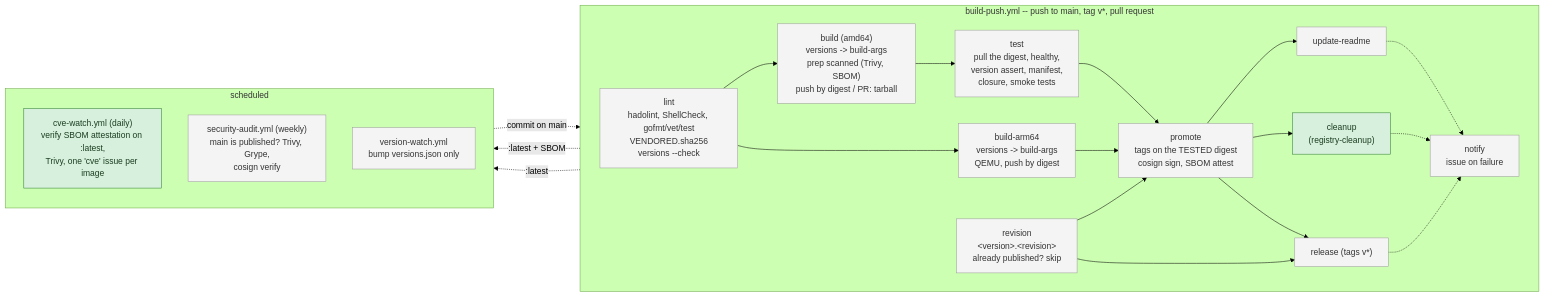
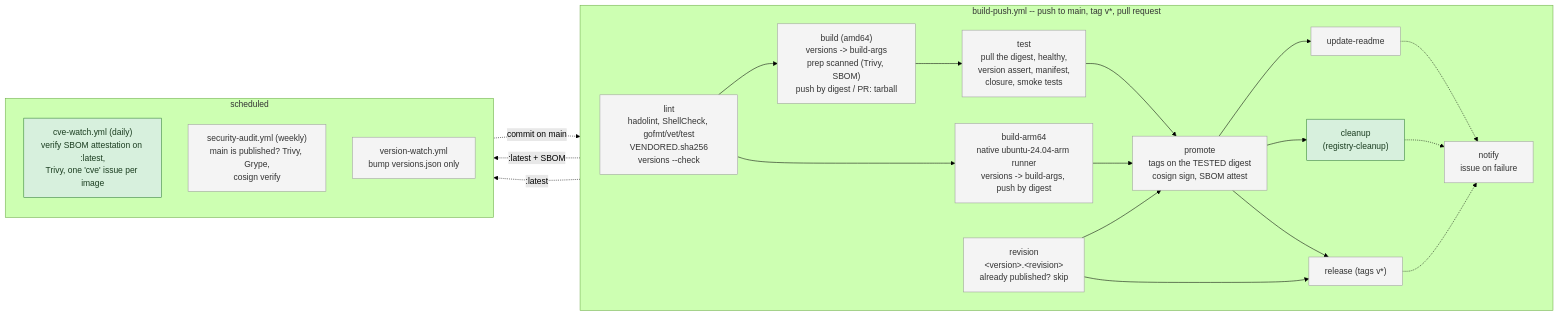
One commit to jbsky/hardened-ci changed the diagram in README.md. Above: the diagram before and after it, drawn with Mermaid (forest theme). The commit also changed other lines of this file, not shown here.

Commit message:
docs: schema -- build-arm64 sur runner natif (plus de QEMU) (#10)

````diff
--- a/README.md
+++ b/README.md
@@ -21,38 +21,38 @@
 ```mermaid
 flowchart LR
   subgraph BP["build-push.yml -- push to main, tag v*, pull request"]
     direction LR
     lint["lint<br/>hadolint, ShellCheck, gofmt/vet/test<br/>VENDORED.sha256<br/>versions --check"]
     build["build (amd64)<br/>versions -> build-args<br/>prep scanned (Trivy, SBOM)<br/>push by digest / PR: tarball"]
-    arm["build-arm64<br/>versions -> build-args<br/>QEMU, push by digest"]
+    arm["build-arm64<br/>native ubuntu-24.04-arm runner<br/>versions -> build-args, push by digest"]
     test["test<br/>pull the digest, healthy,<br/>version assert, manifest,<br/>closure, smoke tests"]
     rev["revision<br/>&lt;version&gt;.&lt;revision&gt;<br/>already published? skip"]
     promote["promote<br/>tags on the TESTED digest<br/>cosign sign, SBOM attest"]
     readme["update-readme"]
     cleanup["cleanup<br/>(registry-cleanup)"]
     release["release (tags v*)"]
     notify["notify<br/>issue on failure"]
     lint --> build --> test --> promote
     lint --> arm --> promote
     rev --> promote
     promote --> readme
     promote --> cleanup
     promote --> release
     rev --> release
     readme & cleanup & release -.-> notify
   end
   subgraph SCHED["scheduled"]
     direction TB
     cve["cve-watch.yml (daily)<br/>verify SBOM attestation on :latest,<br/>Trivy, one 'cve' issue per image"]
     audit["security-audit.yml (weekly)<br/>main is published? Trivy, Grype,<br/>cosign verify"]
     vw["version-watch.yml<br/>bump versions.json only"]
   end
   vw -. "commit on main" .-> lint
   promote -. ":latest + SBOM" .-> cve
   promote -. ":latest" .-> audit
 
   classDef shared fill:#d7f0dd,stroke:#2e7d32,color:#1b3d20
   classDef local fill:#f4f4f4,stroke:#9e9e9e,color:#333
   class cve,cleanup shared
   class lint,build,arm,test,rev,promote,readme,release,notify,audit,vw local
 ```
````
